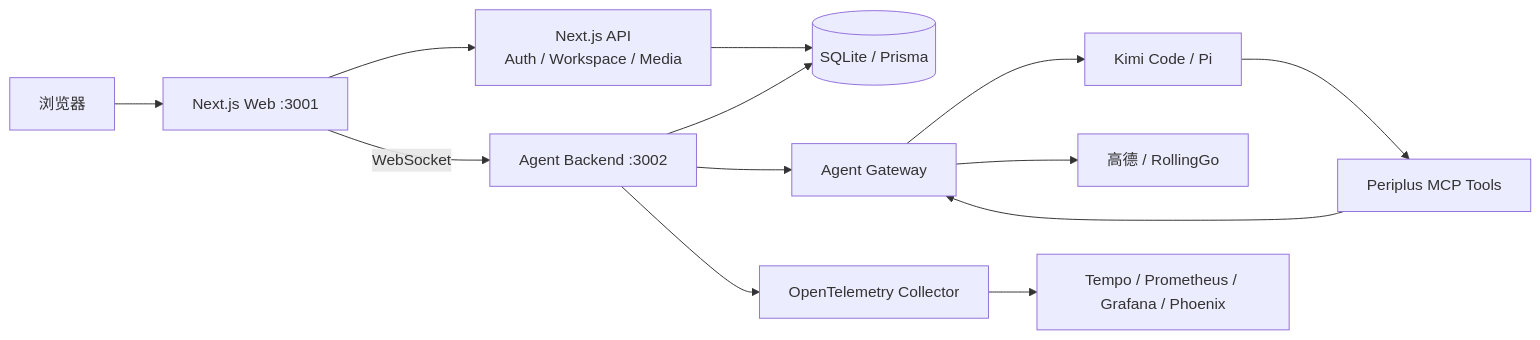
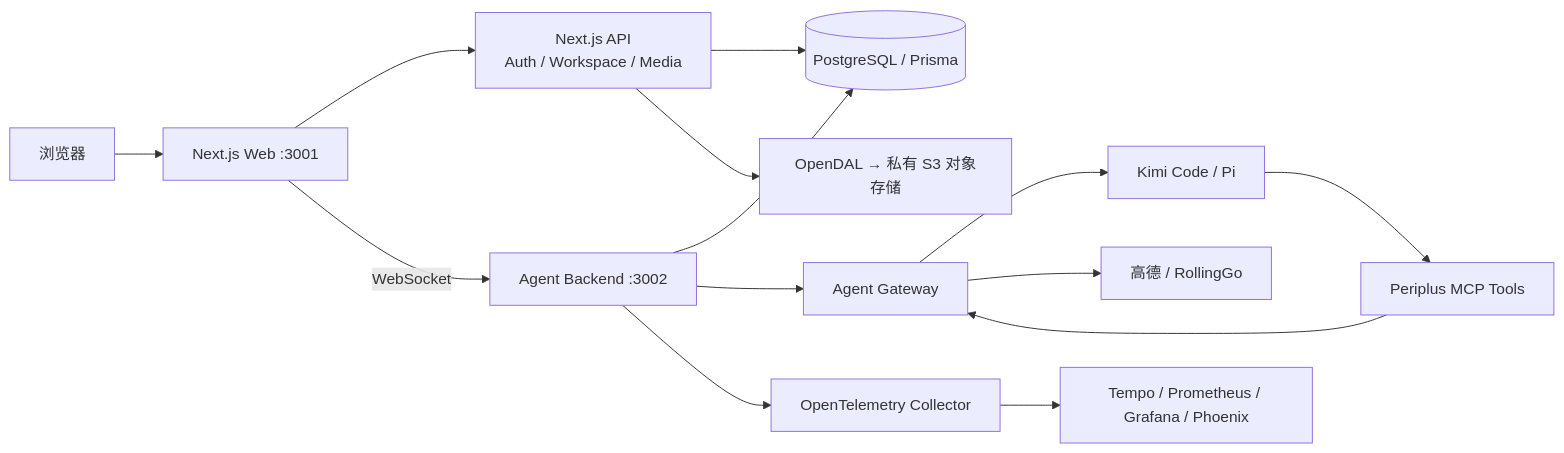
The diagram in README.md (ykfnxx/periplus), drawn with Mermaid before and after one commit. The commit also changed other lines of this file and 41 other files, not shown here.

Commit message:
Encapsulate resources with OpenDAL and PostgreSQL

````diff
--- a/README.md
+++ b/README.md
@@ -22,15 +22,16 @@
 ```mermaid
 flowchart LR
   U[浏览器] --> W[Next.js Web :3001]
   W --> A["Next.js API<br/>Auth / Workspace / Media"]
   W -->|WebSocket| B[Agent Backend :3002]
-  A --> D[(SQLite / Prisma)]
+  A --> D[(PostgreSQL / Prisma)]
   B --> D
+  A --> S[OpenDAL → 私有 S3 对象存储]
   B --> G[Agent Gateway]
   G --> R[Kimi Code / Pi]
   R --> M[Periplus MCP Tools]
   M --> G
   G --> P[高德 / RollingGo]
   B --> O[OpenTelemetry Collector]
   O --> V[Tempo / Prometheus / Grafana / Phoenix]
 ```
````
